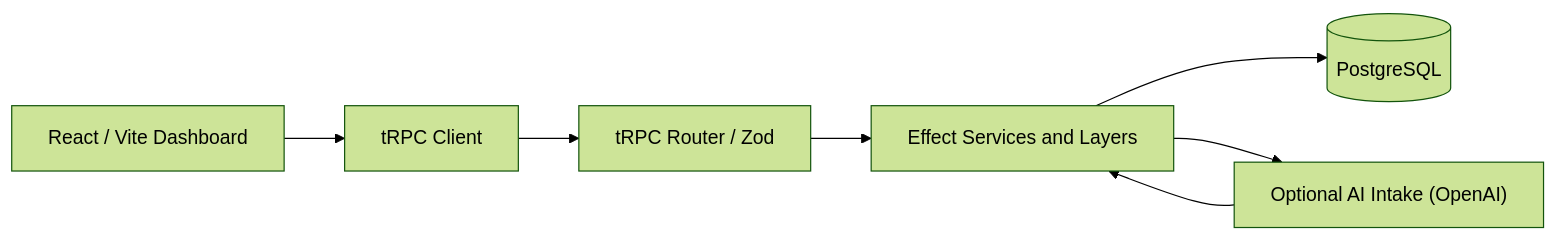
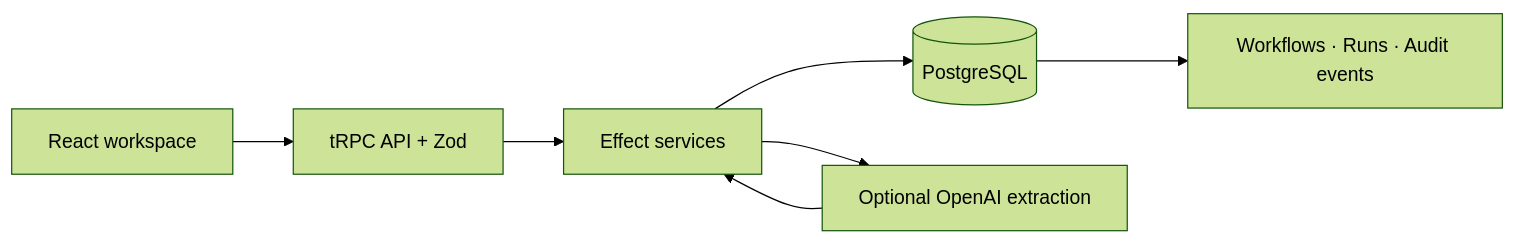
Before and after one commit to FarnazNK/FlowState: the diagram in README.md, drawn with Mermaid (forest theme). The commit also changed other lines of this file, not shown here.

````diff
--- a/README.md
+++ b/README.md
@@ -45,9 +25,9 @@
 ```mermaid
 flowchart LR
-  UI["React / Vite Dashboard"] --> CLIENT["tRPC Client"]
-  CLIENT --> API["tRPC Router / Zod"]
-  API --> SERVICE["Effect Services and Layers"]
-  SERVICE --> DB[("PostgreSQL")]
-  SERVICE --> MODEL["Optional AI Intake (OpenAI)"]
-  MODEL --> SERVICE
+  A["React workspace"] --> B["tRPC API + Zod"]
+  B --> C["Effect services"]
+  C --> D[("PostgreSQL")]
+  C --> E["Optional OpenAI extraction"]
+  E --> C
+  D --> F["Workflows · Runs · Audit events"]
 ```
````
